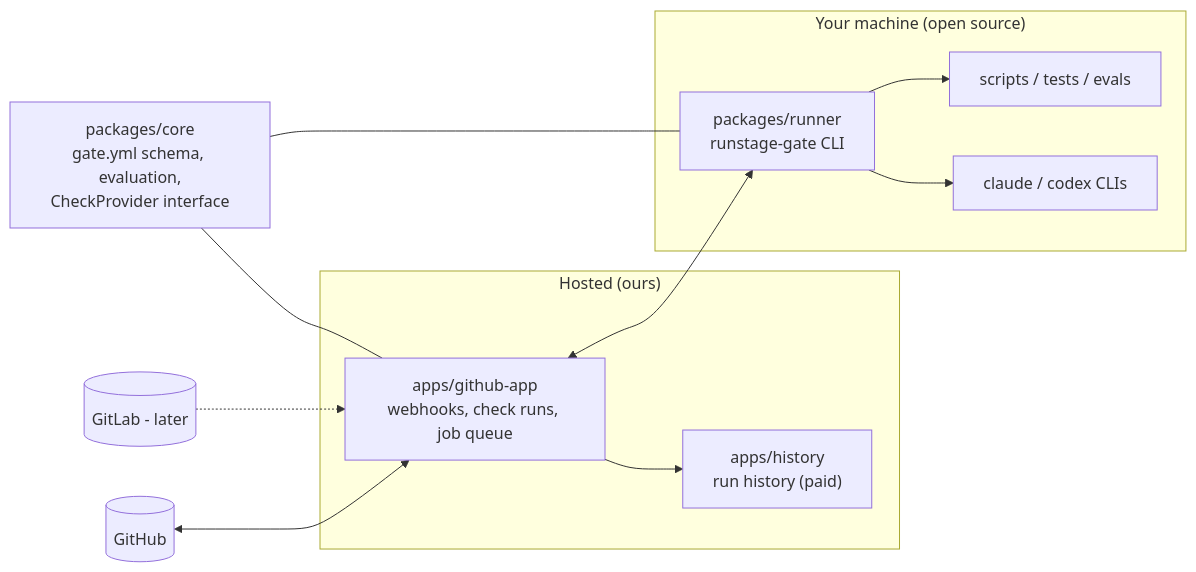
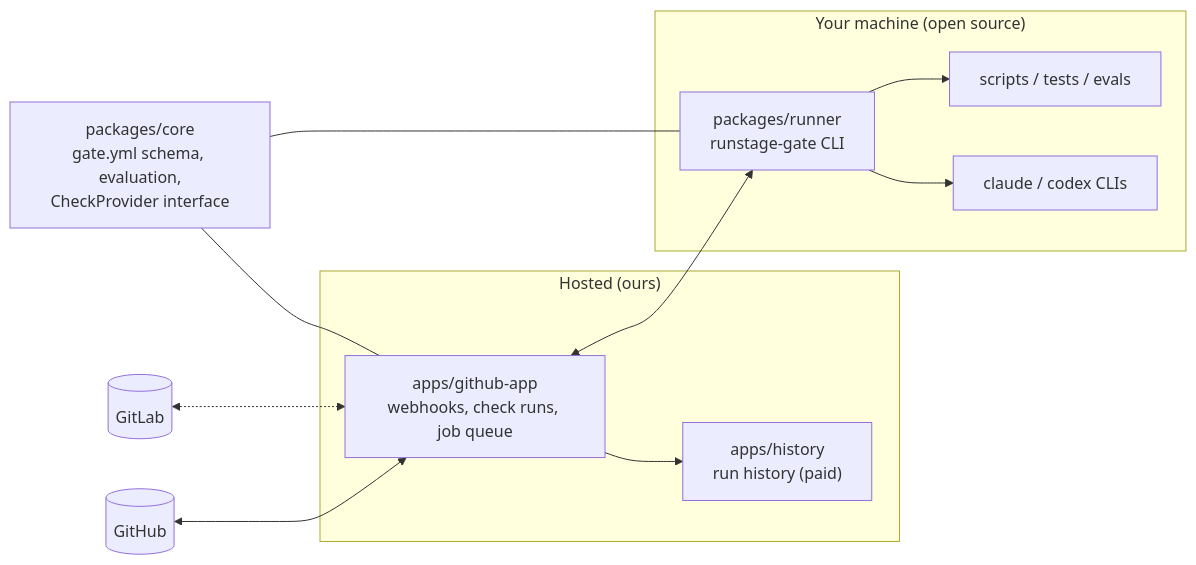
The second of 2 diagrams in README.md (cbursasiu/runstage-gate), drawn with Mermaid before and after one commit. The commit also changed other lines of this file and 7 other files, not shown here.

````diff
--- a/README.md
+++ b/README.md
@@ -49,21 +49,21 @@
 ```mermaid
 flowchart LR
     subgraph Hosted["Hosted (ours)"]
       App["apps/github-app<br/>webhooks, check runs, job queue"]
       Hist["apps/history<br/>run history (paid)"]
     end
     subgraph Local["Your machine (open source)"]
       Runner["packages/runner<br/>runstage-gate CLI"]
       Scripts["scripts / tests / evals"]
       Agents["claude / codex CLIs"]
     end
     Core["packages/core<br/>gate.yml schema, evaluation,<br/>CheckProvider interface"]
     GitHub[(GitHub)] <--> App
-    GitLab[(GitLab - later)] -.-> App
+    GitLab[(GitLab)] <-.-> App
     App <--> Runner
     App --> Hist
     Runner --> Scripts
     Runner --> Agents
     Core --- App
     Core --- Runner
 ```
````
